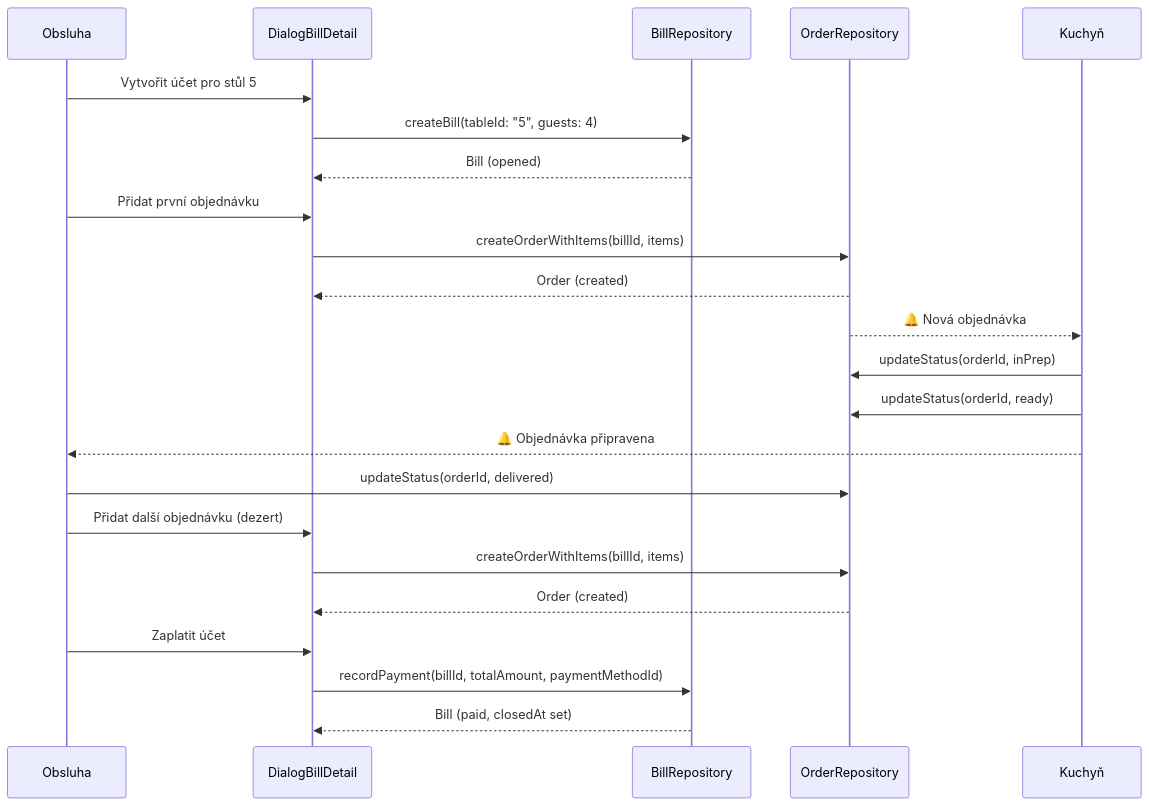
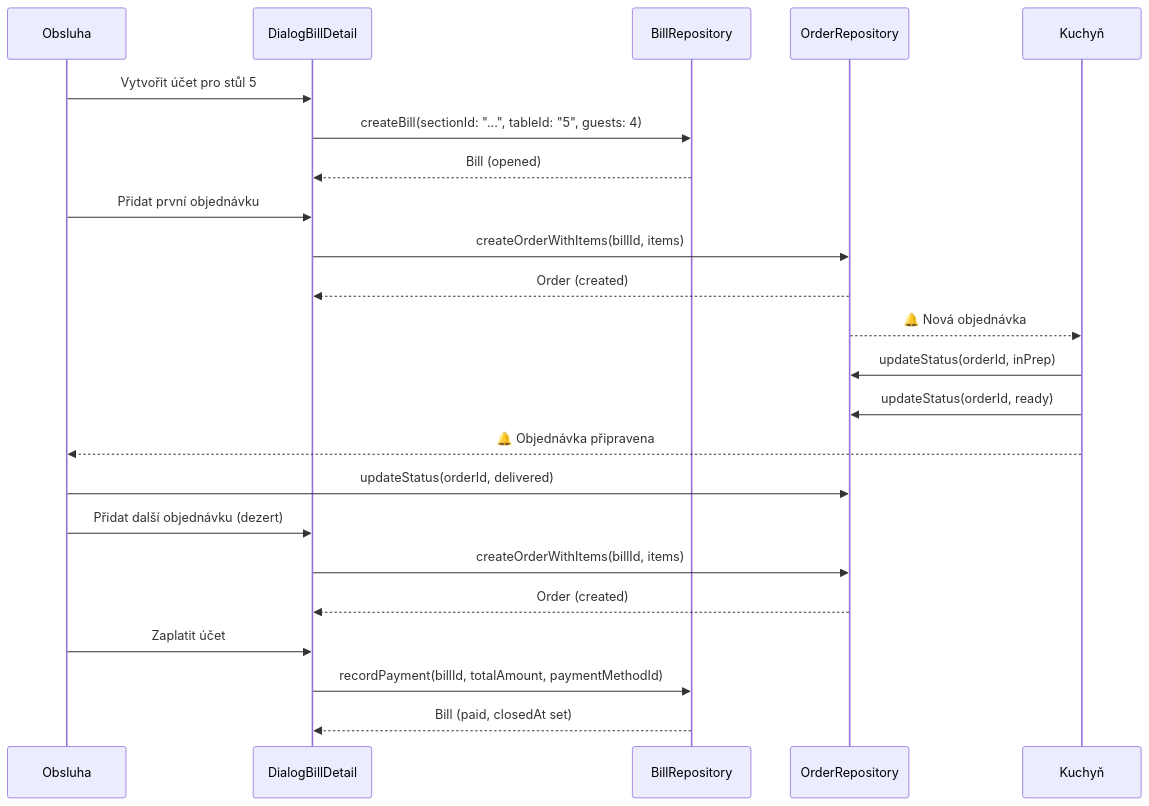
One commit to Tomakas/deskpos changed the eighth of 12 diagrams in PROJECT.md. Above: the diagram before and after it, drawn with Mermaid. The commit also changed other lines of this file and 13 other files, not shown here.

````diff
--- a/PROJECT.md
+++ b/PROJECT.md
@@ -1084,31 +1084,31 @@
 ```mermaid
 sequenceDiagram
     participant W as Obsluha
     participant UI as DialogBillDetail
     participant BR as BillRepository
     participant OR as OrderRepository
     participant K as Kuchyň
 
     W->>UI: Vytvořit účet pro stůl 5
-    UI->>BR: createBill(tableId: "5", guests: 4)
+    UI->>BR: createBill(sectionId: "...", tableId: "5", guests: 4)
     BR-->>UI: Bill (opened)
 
     W->>UI: Přidat první objednávku
     UI->>OR: createOrderWithItems(billId, items)
     OR-->>UI: Order (created)
     OR-->>K: 🔔 Nová objednávka
 
     K->>OR: updateStatus(orderId, inPrep)
     K->>OR: updateStatus(orderId, ready)
     K-->>W: 🔔 Objednávka připravena
 
     W->>OR: updateStatus(orderId, delivered)
 
     W->>UI: Přidat další objednávku (dezert)
     UI->>OR: createOrderWithItems(billId, items)
     OR-->>UI: Order (created)
 
     W->>UI: Zaplatit účet
     UI->>BR: recordPayment(billId, totalAmount, paymentMethodId)
     BR-->>UI: Bill (paid, closedAt set)
 ```
````
